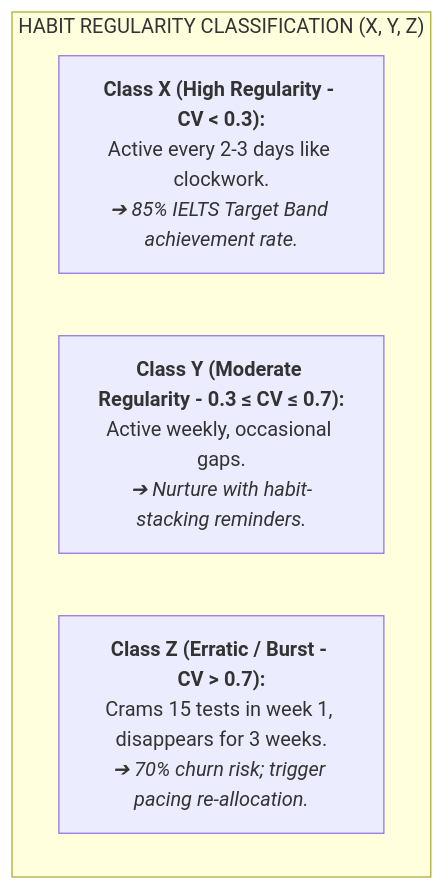
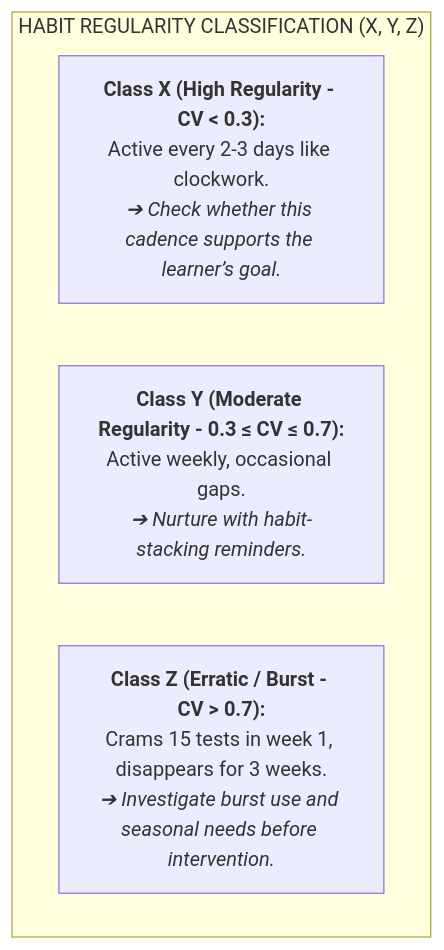
The second of 4 diagrams in skills/analytics/advanced-rfm-segmentation/SKILL.md (jimnguyendev/jimmy-kit), drawn with Mermaid before and after one commit. The commit also changed other lines of this file and 92 other files, not shown here.

````diff
--- a/skills/analytics/advanced-rfm-segmentation/SKILL.md
+++ b/skills/analytics/advanced-rfm-segmentation/SKILL.md
@@ -59,8 +61,8 @@
 ```mermaid
 graph TD
     subgraph STABILITY_TIERS["HABIT REGULARITY CLASSIFICATION (X, Y, Z)"]
-        X["<b>Class X (High Regularity - CV < 0.3):</b><br/>Active every 2-3 days like clockwork.<br/><i>➔ 85% IELTS Target Band achievement rate.</i>"]
+        X["<b>Class X (High Regularity - CV < 0.3):</b><br/>Active every 2-3 days like clockwork.<br/><i>➔ Check whether this cadence supports the learner’s goal.</i>"]
         Y["<b>Class Y (Moderate Regularity - 0.3 ≤ CV ≤ 0.7):</b><br/>Active weekly, occasional gaps.<br/><i>➔ Nurture with habit-stacking reminders.</i>"]
-        Z["<b>Class Z (Erratic / Burst - CV > 0.7):</b><br/>Crams 15 tests in week 1, disappears for 3 weeks.<br/><i>➔ 70% churn risk; trigger pacing re-allocation.</i>"]
+        Z["<b>Class Z (Erratic / Burst - CV > 0.7):</b><br/>Crams 15 tests in week 1, disappears for 3 weeks.<br/><i>➔ Investigate burst use and seasonal needs before intervention.</i>"]
     end
 ```
````
